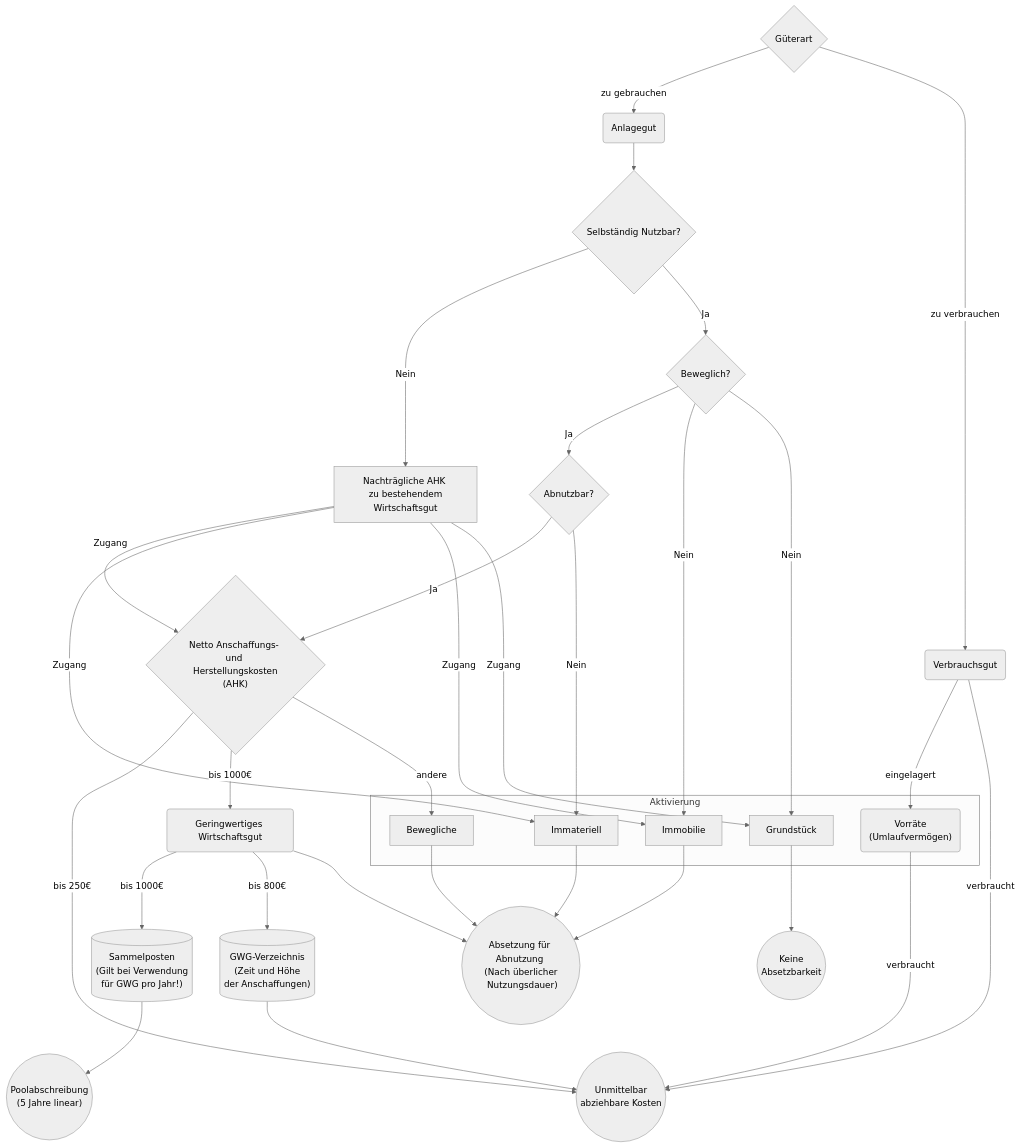
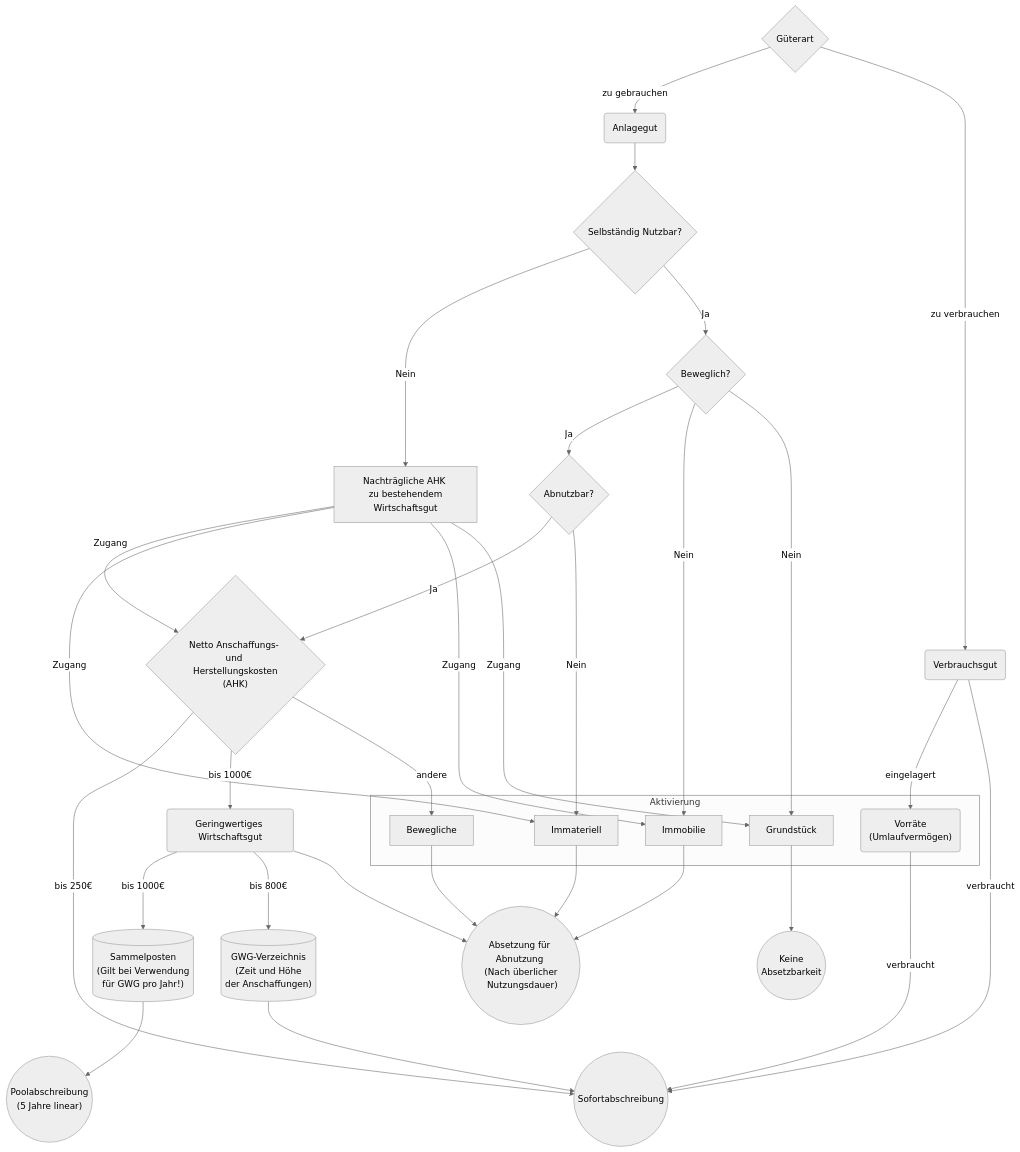
One commit to maxheld83/steuerFlow changed the first of 3 diagrams in README.md. Above: the diagram before and after it, drawn with Mermaid (neutral theme). The commit also changed other lines of this file, not shown here.

````diff
--- a/README.md
+++ b/README.md
@@ -13,50 +13,50 @@
 ```mermaid
 graph TB
   welcheGA{"Güterart"}
   VG("Verbrauchsgut")
   AG("Anlagegut")
   welcheGA -- zu gebrauchen --> AG
   welcheGA -- zu verbrauchen --> VG
   VG -- eingelagert --> VorR
-  Exp(("Unmittelbar \n abziehbare Kosten"))
+  Exp(("Sofortabschreibung"))
   VorR -- verbraucht --> Exp
   VG -- verbraucht --> Exp
   AG --> Selbst
   Selbst{"Selbständig Nutzbar?"}
   Selbst -- Nein --> Zugang
   Zugang["Nachträgliche AHK \n zu bestehendem Wirtschaftsgut"]
   Selbst -- Ja --> Bewegl
   Bewegl{"Beweglich?"}
   Bewegl -- Ja --> Abnutz
   Bewegl -- Nein --> Immo & GS
   Abnutz -- Ja --> AHK
   Zugang -- Zugang --> AHK & Imma & Immo & GS
   subgraph Aktivierung
     VorR("Vorräte \n (Umlaufvermögen)")
     Immo["Immobilie"]
     GS["Grundstück"]
     Imma["Immateriell"]
     BeweglG["Bewegliche"]
   end
   Abnutz -- Nein --> Imma
   Abnutz{"Abnutzbar?"}
   Imma --> AfA
   kAb(("Keine \n Absetzbarkeit"))
   GS --> kAb
   AHK{"Netto Anschaffungs- und \n Herstellungskosten (AHK)"}
   AHK -- "bis 250€" --> Exp
   GWG("Geringwertiges Wirtschaftsgut")
   AHK -- "bis 1000€" --> GWG
   GWG -- "bis 1000€" --> Sammelposten
   Sammelposten[("Sammelposten \n (Gilt bei Verwendung \n für GWG pro Jahr!)")]
   Pool(("Poolabschreibung \n (5 Jahre linear)"))
   Sammelposten --> Pool
   GWG-V[("GWG-Verzeichnis \n (Zeit und Höhe \n der Anschaffungen)")]
   GWG -- "bis 800€" --> GWG-V
   AfA(("Absetzung für Abnutzung \n (Nach überlicher \n Nutzungsdauer)"))
   GWG --> AfA
   Immo --> AfA
   GWG-V --> Exp
   AHK -- andere --> BeweglG
   BeweglG --> AfA
 ```
````
